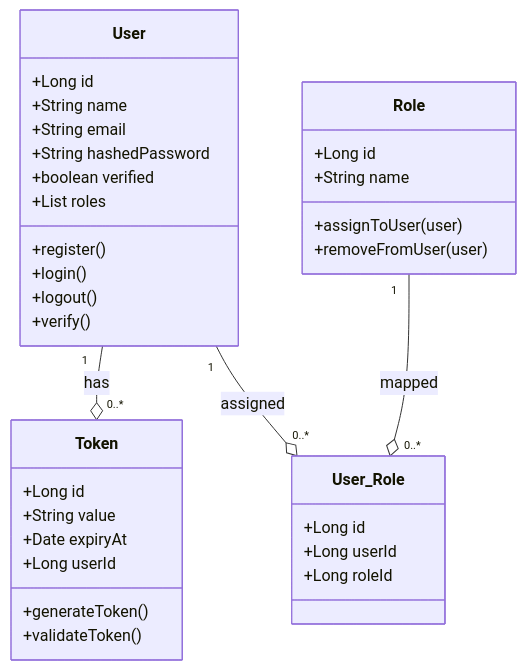
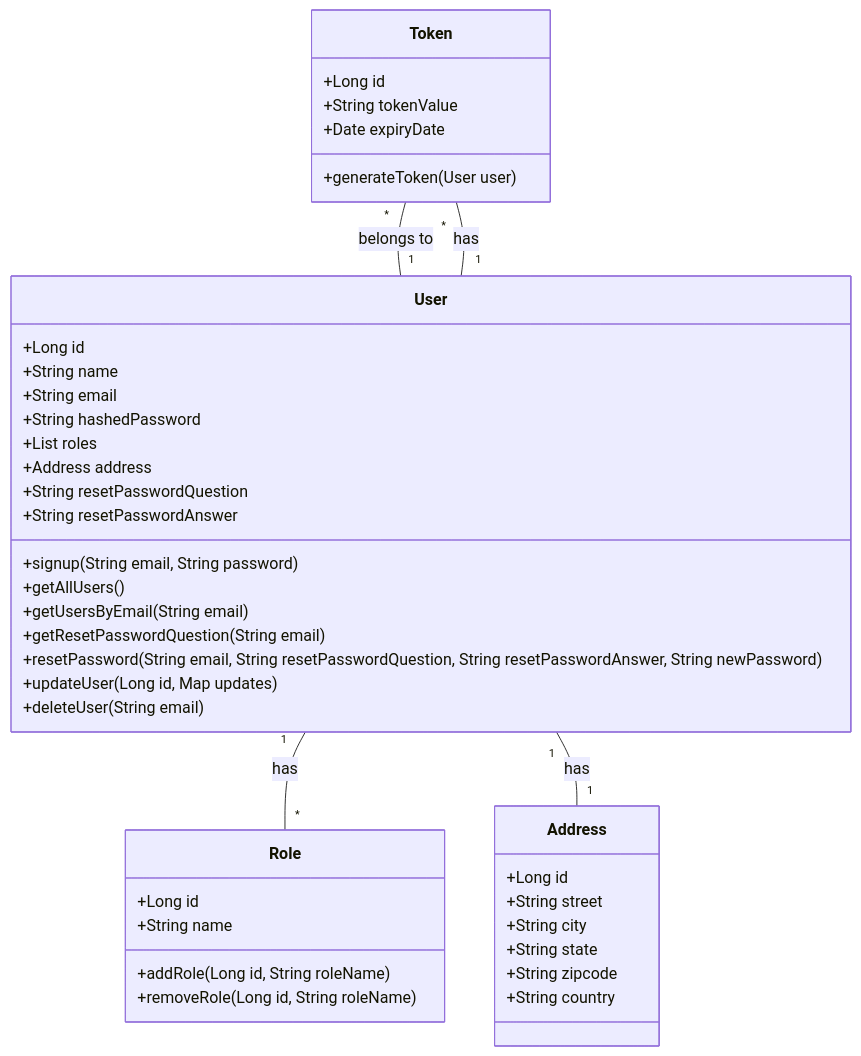
The diagram in ClassDiagrams/UserManagement.mmd (goelvinay5/WoolfProjectDocumentation), drawn with Mermaid before and after one commit. The commit also changed 5 other files, not shown here.

```diff
--- a/ClassDiagrams/UserManagement.mmd
+++ b/ClassDiagrams/UserManagement.mmd
@@ -1,39 +1,46 @@
 classDiagram
+    class Role {
+        +Long id
+        +String name
+        +addRole(Long id, String roleName)
+        +removeRole(Long id, String roleName)
+    }
+
+    class Address {
+        +Long id
+        +String street
+        +String city
+        +String state
+        +String zipcode
+        +String country
+    }
+
+    class Token {
+        +Long id
+        +String tokenValue
+        +Date expiryDate
+	+generateToken(User user)
+    }
+
     class User {
         +Long id
         +String name
         +String email
         +String hashedPassword
-        +boolean verified
         +List<Role> roles
-        +register()
-        +login()
-        +logout()
-        +verify()
+        +Address address
+        +String resetPasswordQuestion
+        +String resetPasswordAnswer
+        +signup(String email, String password)
+        +getAllUsers()
+        +getUsersByEmail(String email)
+        +getResetPasswordQuestion(String email)
+        +resetPassword(String email, String resetPasswordQuestion, String resetPasswordAnswer, String newPassword)
+        +updateUser(Long id, Map<String, Object> updates)
+        +deleteUser(String email)
     }
-    
-    class Role {
-        +Long id
-        +String name
-        +assignToUser(user)
-        +removeFromUser(user)
-    }
-    
-    class Token {
-        +Long id
-        +String value
-        +Date expiryAt
-        +Long userId
-        +generateToken()
-        +validateToken()
-    }
-    
-    class User_Role {
-        +Long id
-        +Long userId
-        +Long roleId
-    }
-    
-    User "1" --o "0..*" Token : has
-    User "1" --o "0..*" User_Role : assigned
-    Role "1" --o "0..*" User_Role : mapped
+
+    User "1" -- "*" Role : has
+    User "1" -- "1" Address : has
+    User "1" -- "*" Token : has
+    Token "*" -- "1" User : belongs to
```
